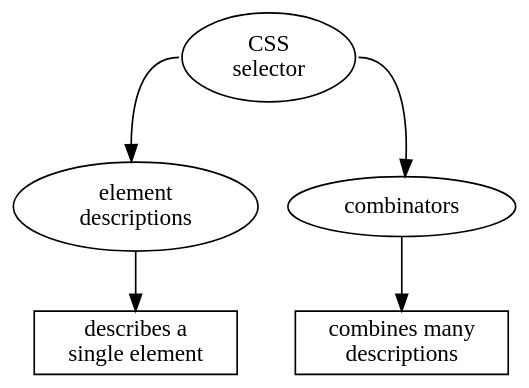
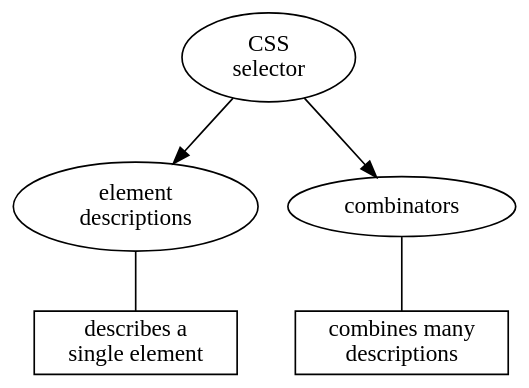
One commit to krawaller/academyjs changed the diagram in slides/resources/diagrams/css-selectors.dot. Above: the diagram before and after it, drawn with Graphviz. The commit also changed 66 other files, not shown here.

```diff
--- a/slides/resources/diagrams/css-selectors.dot
+++ b/slides/resources/diagrams/css-selectors.dot
@@ -1,23 +1,23 @@
 digraph {
   bgcolor = transparent
   rankdir = TD
 
   CSSsel [label="CSS\nselector"]
 
   desc [label="element\ndescriptions"]
 
   combinators [label="combinators"]
 
-  CSSsel:w -> desc
+  CSSsel -> desc
 
-  CSSsel:e -> combinators
+  CSSsel -> combinators
 
   descfoo [shape=box; label="describes a\nsingle element"]
 
   combfoo [shape=box; label="combines many\ndescriptions"]
 
-  desc -> descfoo
+  desc -> descfoo [dir=none]
 
-  combinators -> combfoo
+  combinators -> combfoo [dir=none]
 
 }
```
